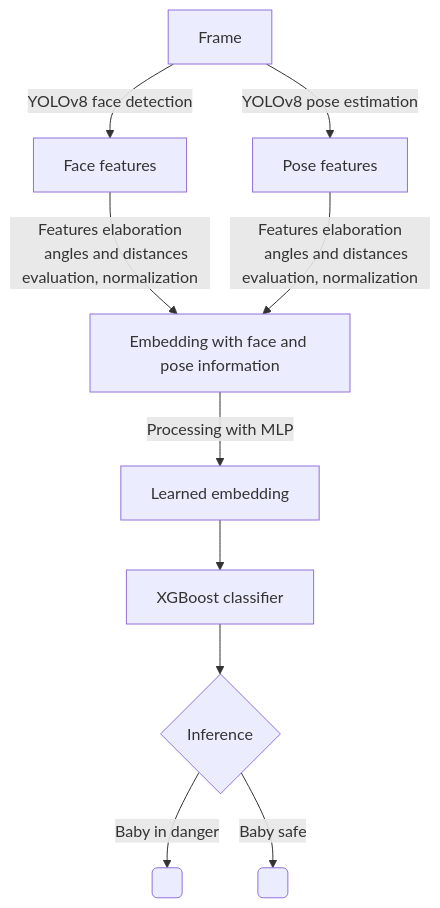
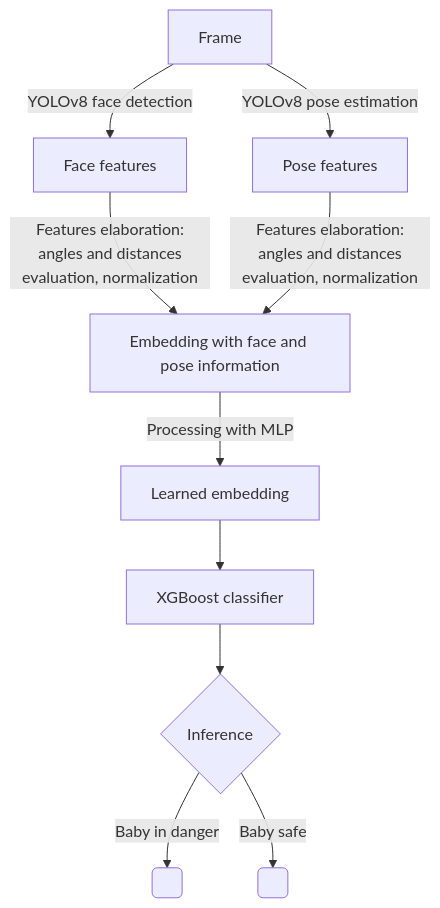
One commit to Lori-in-the-clouds/SIDS_revelation_project changed the second of 2 diagrams in README.md. Above: the diagram before and after it, drawn with Mermaid. The commit also changed 2 other files, not shown here.

Commit message:
README with metrics image

````diff
--- a/README.md
+++ b/README.md
@@ -44,17 +44,15 @@
 ```mermaid
 flowchart TD
     A[Frame] --> |YOLOv8 face detection| B[Face features]
     A--> |YOLOv8 pose estimation| C[Pose features]
-    B--> |Features elaboration
-    angles and distances evaluation, normalization| D
-    C--> |Features elaboration
-    angles and distances evaluation, normalization| D
+    B--> |Features elaboration:\n angles and distances evaluation, normalization| D
+    C--> |Features elaboration:\n angles and distances evaluation, normalization| D
     D[Embedding with face and pose information]
     D-->|Processing with MLP| E[ Learned embedding ]
     E--> G[XGBoost classifier]
     G--> H{Inference}
     H -->|Baby in danger| I( )
     H -->|Baby safe| K( )
     
     
 ```
````
